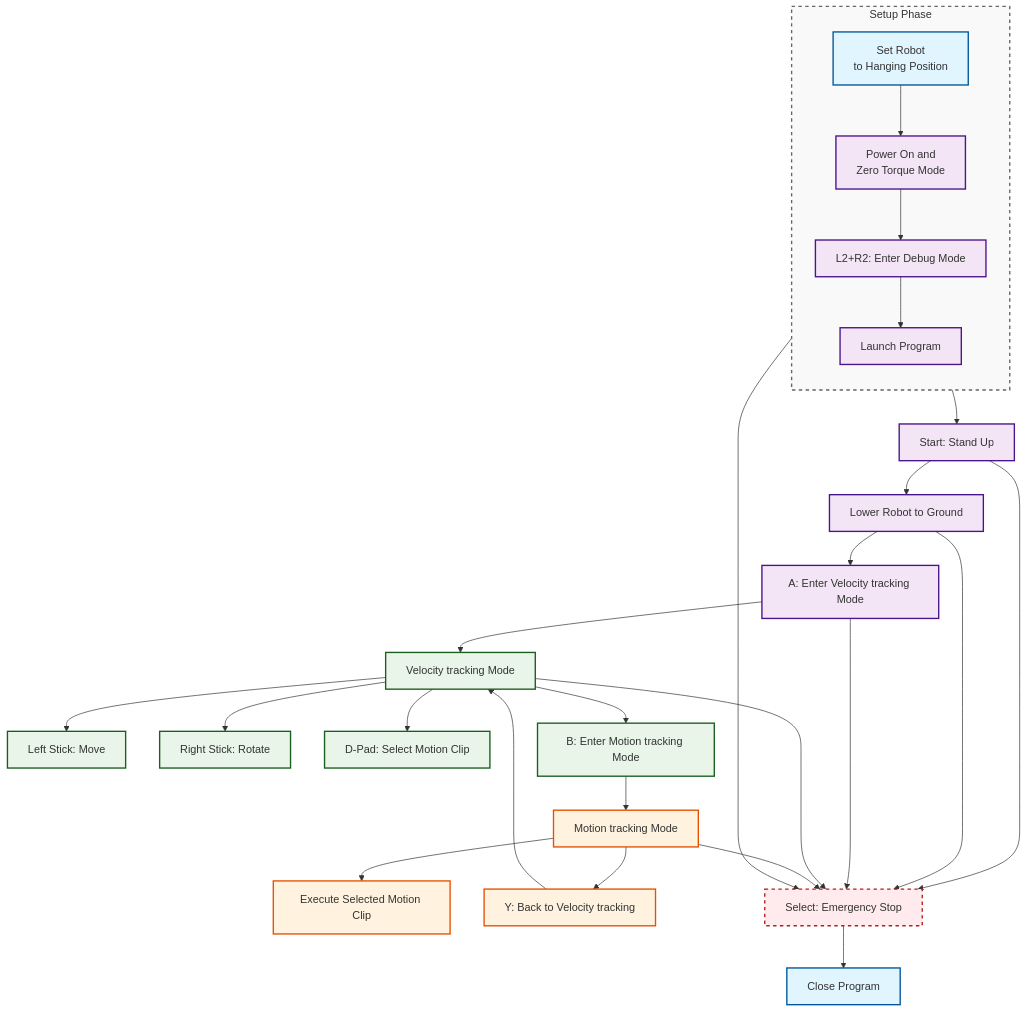
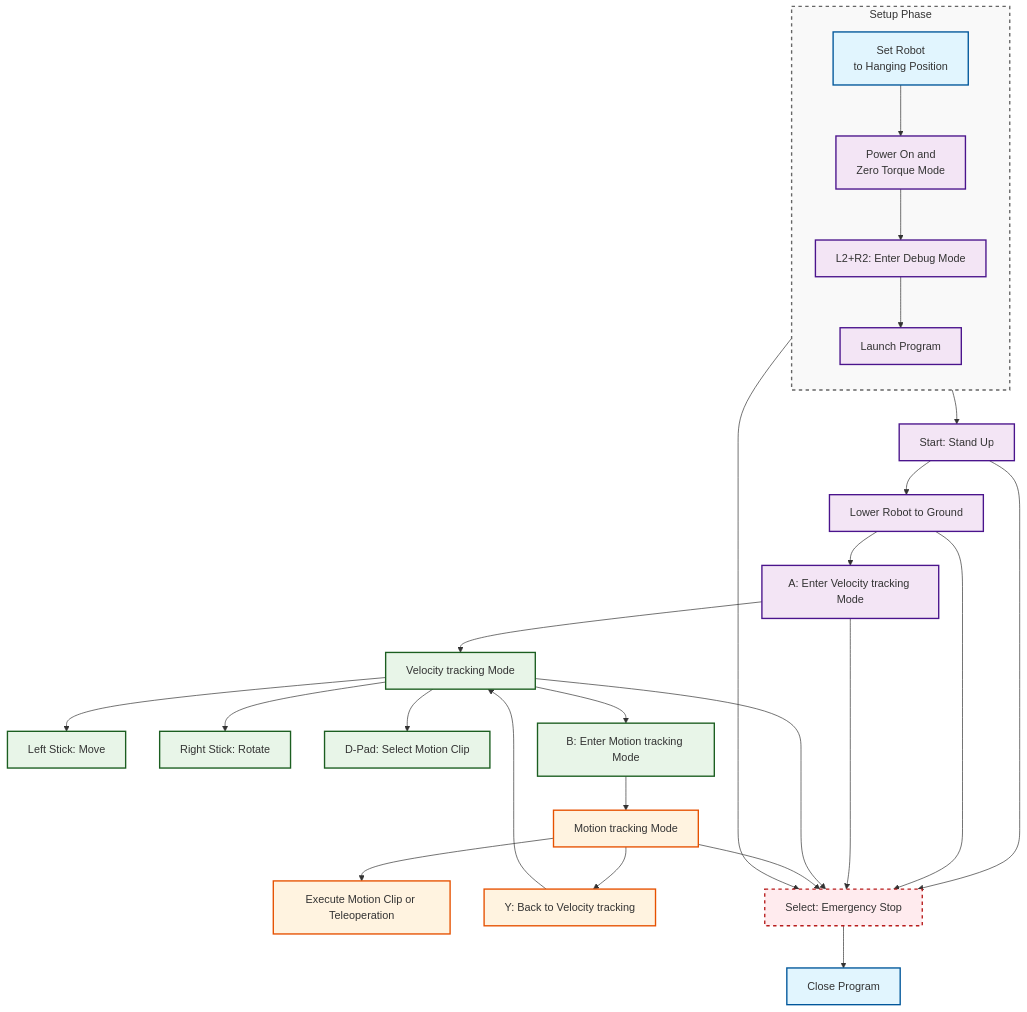
One commit to HorizonRobotics/HoloMotion changed the diagram in docs/realworld_deployment.md. Above: the diagram before and after it, drawn with Mermaid. The commit also changed other lines of this file and 195 other files, not shown here.

````diff
--- a/docs/realworld_deployment.md
+++ b/docs/realworld_deployment.md
@@ -194,52 +220,52 @@
 ```mermaid
 flowchart TD
     subgraph prepPhase ["Setup Phase"]
         direction TB
         A[Set Robot<br/>to Hanging Position] --> B[Power On and<br/>Zero Torque Mode]
         B --> C[L2+R2: Enter Debug Mode]
         C --> D[Launch Program]
     end
 
     %% Main flow
     prepPhase --> E[Start: Stand Up]
     E --> F[Lower Robot to Ground]
     F --> G[A: Enter Velocity tracking Mode]
 
     %% Velocity tracking mode controls
     G --> H[Velocity tracking Mode]
     H --> H1[Left Stick: Move]
     H --> H2[Right Stick: Rotate]
     H --> H3[D-Pad: Select Motion Clip]
     H --> H4[B: Enter Motion tracking Mode]
 
     %% Motion tracking mode
     H4 --> I[Motion tracking Mode]
-    I --> I1[Execute Selected Motion Clip]
+    I --> I1[Execute Motion Clip or Teleoperation]
     I --> I2[Y: Back to Velocity tracking]
 
     %% Mode switching
     I2 --> H
 
     %% Emergency stop
     D --> N[Select: Emergency Stop]
     E --> N
     F --> N
     G --> N
     H --> N
     I --> N
     N --> O[Close Program]
 
     classDef startEnd fill:#e1f5fe,stroke:#01579b,stroke-width:2px
     classDef control fill:#f3e5f5,stroke:#4a148c,stroke-width:2px
     classDef velocityTracking fill:#e8f5e8,stroke:#1b5e20,stroke-width:2px
     classDef motionTracking fill:#fff3e0,stroke:#e65100,stroke-width:2px
     classDef emergency fill:#ffebee,stroke:#b71c1c,stroke-width:2px,stroke-dasharray: 5 5
     classDef preparationFrame fill:#f9f9f9,stroke:#666,stroke-width:2px,stroke-dasharray: 5 5
 
     class A,O startEnd
     class B,C,D,E,F,G control
     class H,H1,H2,H3,H4 velocityTracking
     class I,I1,I2 motionTracking
     class N emergency
     class prepPhase preparationFrame
 ```
````
